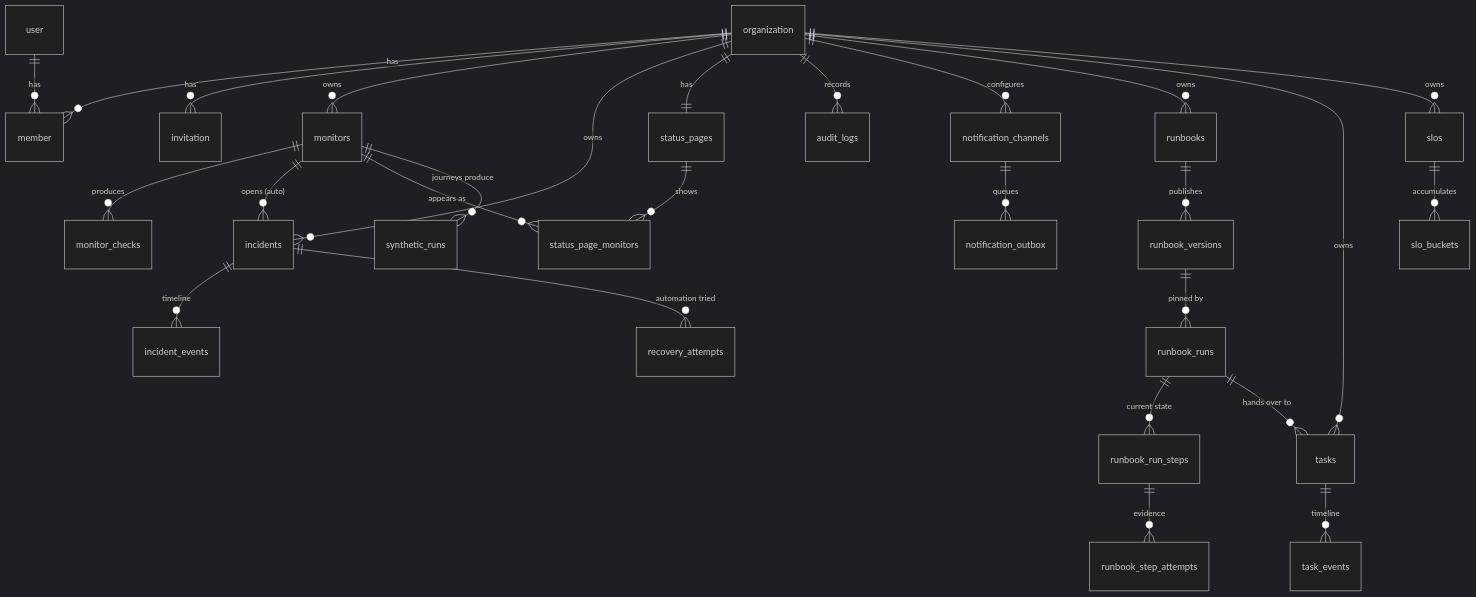
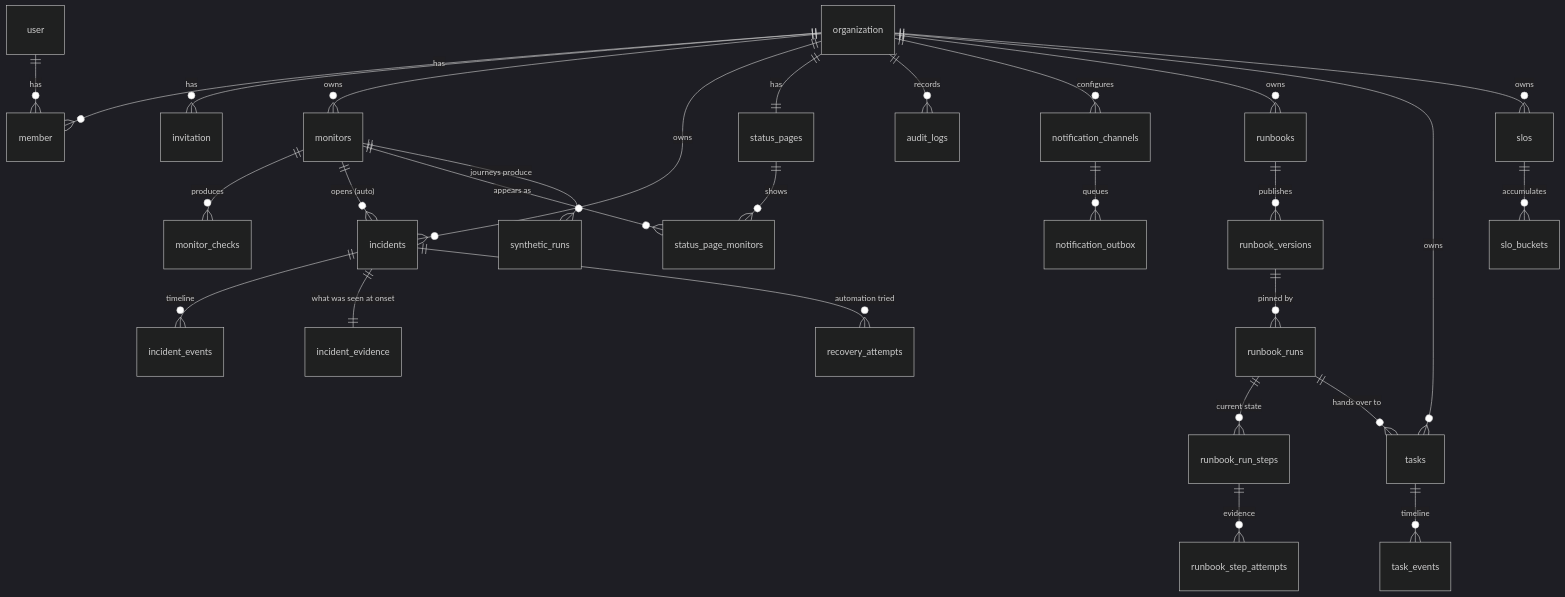
The second of 4 diagrams in ARCHITECTURE.md (dev-matow/onuptime-docker), drawn with Mermaid (dark theme) before and after one commit. The commit also changed other lines of this file and 30 other files, not shown here.

````diff
--- a/ARCHITECTURE.md
+++ b/ARCHITECTURE.md
@@ -174,30 +175,31 @@
 ```mermaid
 erDiagram
     user ||--o{ member : has
     organization ||--o{ member : has
     organization ||--o{ invitation : has
     organization ||--o{ monitors : owns
     organization ||--o{ incidents : owns
     organization ||--|| status_pages : has
     organization ||--o{ audit_logs : records
     monitors ||--o{ monitor_checks : produces
     monitors ||--o{ incidents : "opens (auto)"
     incidents ||--o{ incident_events : timeline
+    incidents ||--|| incident_evidence : "what was seen at onset"
     status_pages ||--o{ status_page_monitors : shows
     monitors ||--o{ status_page_monitors : "appears as"
 
     organization ||--o{ notification_channels : configures
     notification_channels ||--o{ notification_outbox : queues
     incidents ||--o{ recovery_attempts : "automation tried"
     organization ||--o{ runbooks : owns
     runbooks ||--o{ runbook_versions : publishes
     runbook_versions ||--o{ runbook_runs : "pinned by"
     runbook_runs ||--o{ runbook_run_steps : "current state"
     runbook_run_steps ||--o{ runbook_step_attempts : evidence
     runbook_runs ||--o{ tasks : "hands over to"
     organization ||--o{ tasks : owns
     tasks ||--o{ task_events : timeline
     organization ||--o{ slos : owns
     slos ||--o{ slo_buckets : accumulates
     monitors ||--o{ synthetic_runs : "journeys produce"
 ```
````
